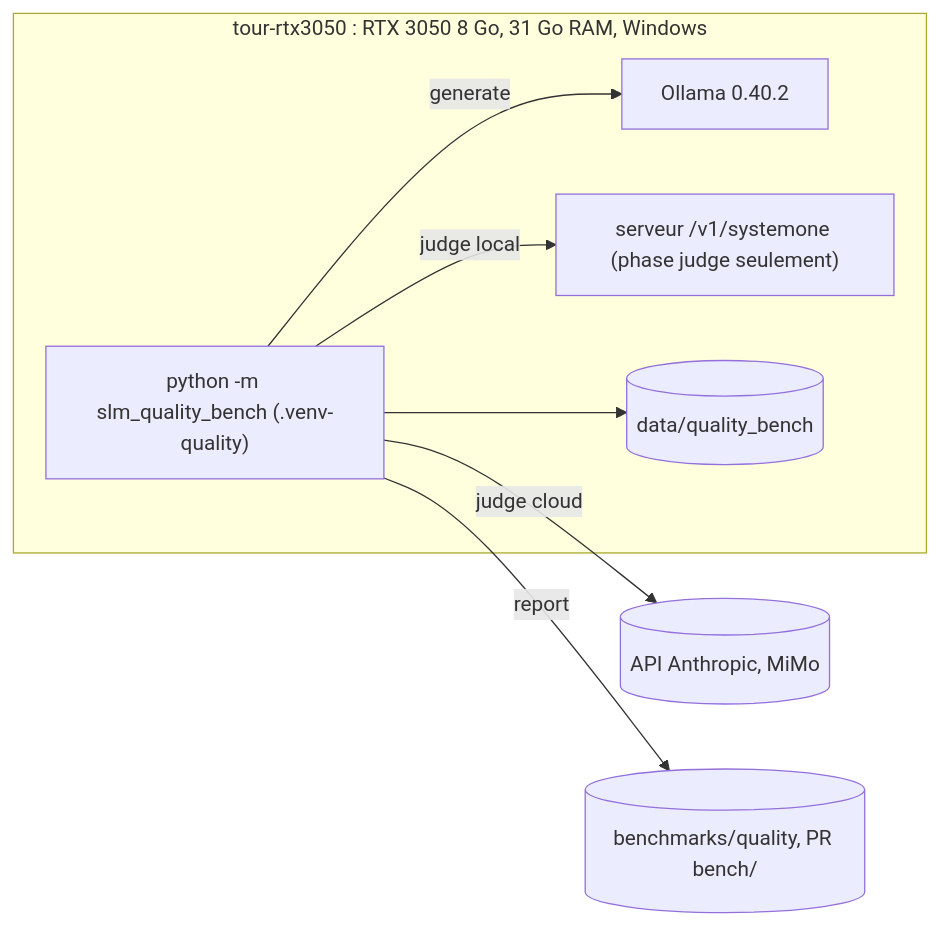
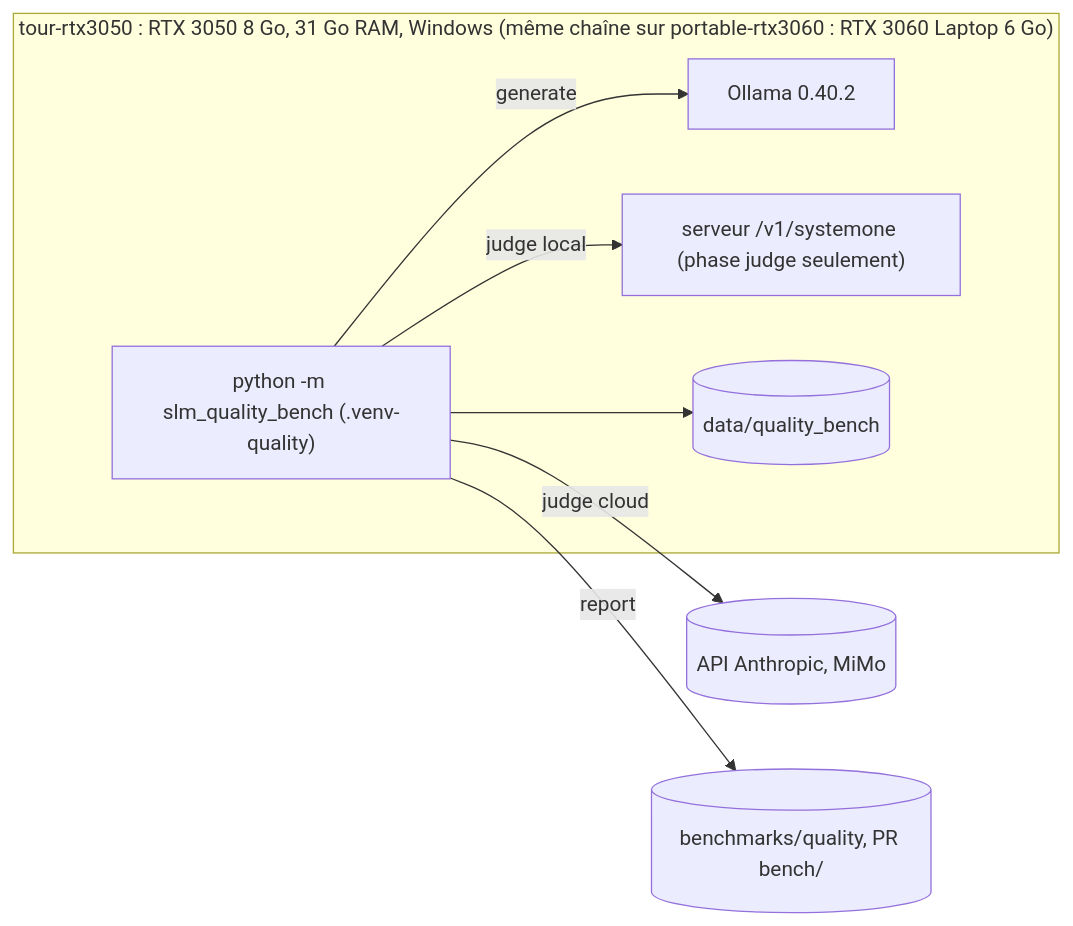
The third of 3 diagrams in docs/architecture/ARCHITECTURE-SPINE.md (Aliquanto3/slm-quality-bench), drawn with Mermaid before and after one commit. The commit also changed other lines of this file and 7 other files, not shown here.

````diff
--- a/docs/architecture/ARCHITECTURE-SPINE.md
+++ b/docs/architecture/ARCHITECTURE-SPINE.md
@@ -560,14 +560,14 @@
 ```mermaid
 flowchart LR
-  subgraph tour["tour-rtx3050 : RTX 3050 8 Go, 31 Go RAM, Windows"]
+  subgraph tour["tour-rtx3050 : RTX 3050 8 Go, 31 Go RAM, Windows (même chaîne sur portable-rtx3060 : RTX 3060 Laptop 6 Go)"]
     CLI["python -m slm_quality_bench (.venv-quality)"]
     O["Ollama 0.40.2"]
     W["serveur /v1/systemone (phase judge seulement)"]
     D[("data/quality_bench")]
   end
   CLI -->|"generate"| O
   CLI -->|"judge local"| W
   CLI -->|"judge cloud"| API[("API Anthropic, MiMo")]
   CLI --> D
   CLI -->|"report"| G[("benchmarks/quality, PR bench/")]
 ```
````
